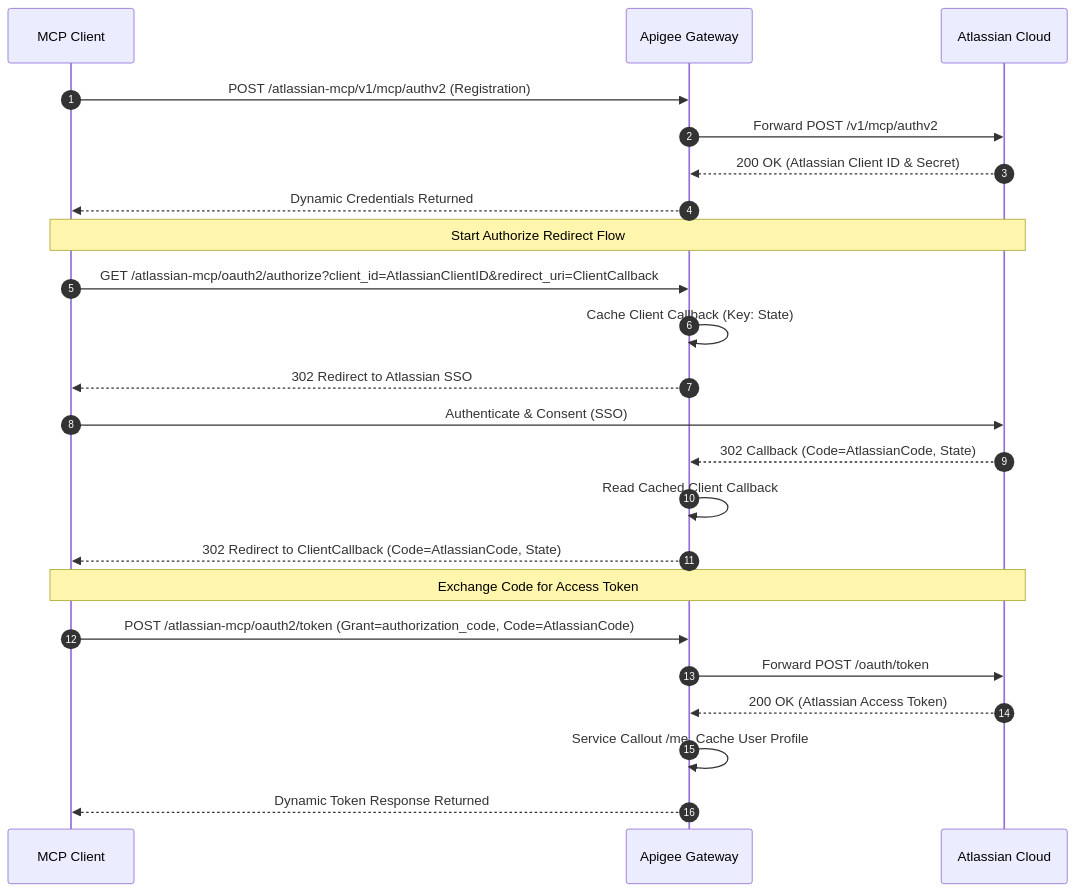
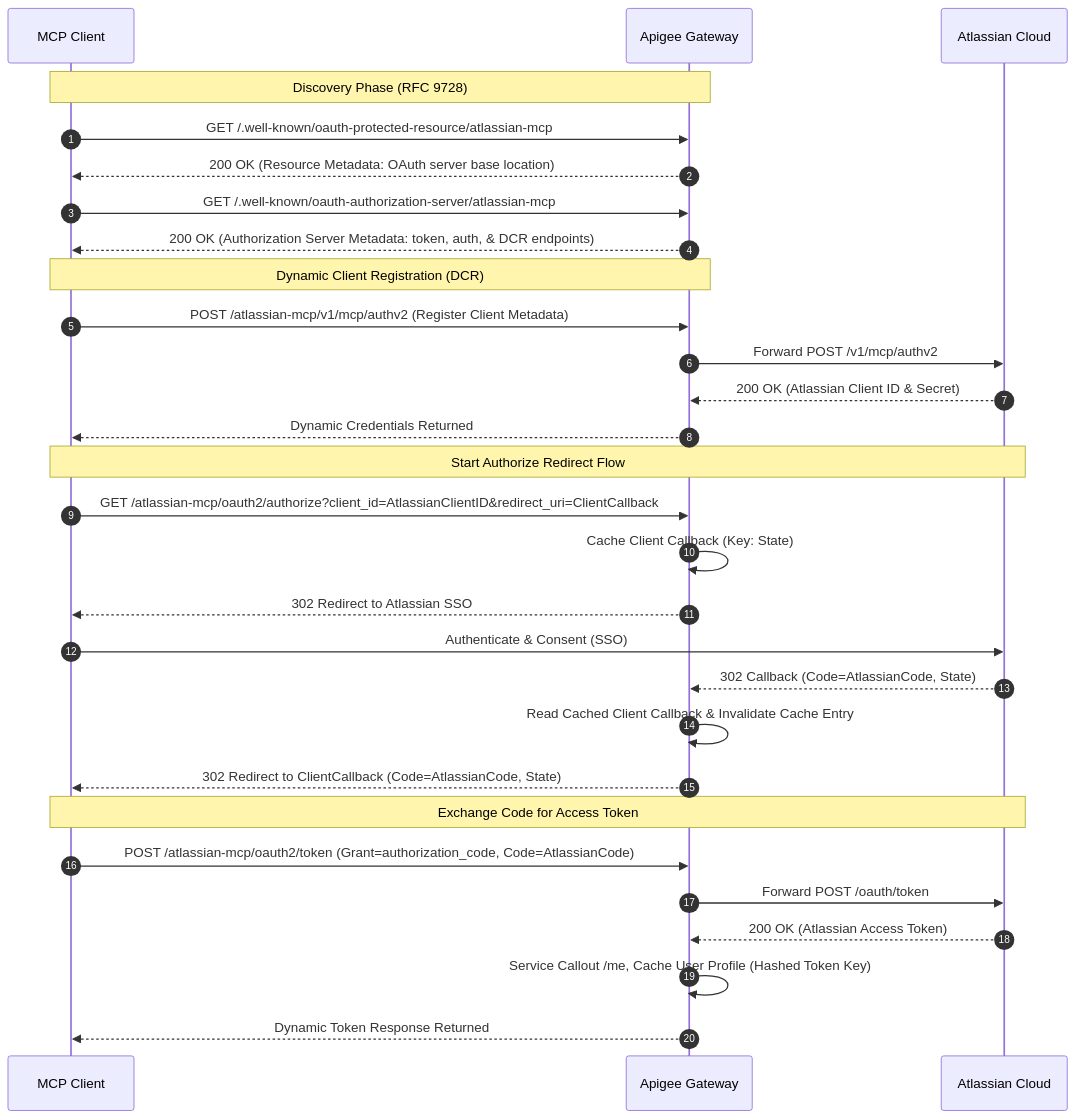
The first of 2 diagrams in README.md (ra2085/apigee-atl-mcp), drawn with Mermaid before and after one commit. The commit also changed other lines of this file, not shown here.

````diff
--- a/README.md
+++ b/README.md
@@ -20,29 +20,37 @@
 ```mermaid
 sequenceDiagram
     autonumber
     participant Client as MCP Client
     participant Apigee as Apigee Gateway
     participant Atlassian as Atlassian Cloud
 
-    Client->>Apigee: POST /atlassian-mcp/v1/mcp/authv2 (Registration)
+    Note over Client, Apigee: Discovery Phase (RFC 9728)
+    Client->>Apigee: GET /.well-known/oauth-protected-resource/atlassian-mcp
+    Apigee-->>Client: 200 OK (Resource Metadata: OAuth server base location)
+    
+    Client->>Apigee: GET /.well-known/oauth-authorization-server/atlassian-mcp
+    Apigee-->>Client: 200 OK (Authorization Server Metadata: token, auth, & DCR endpoints)
+
+    Note over Client, Apigee: Dynamic Client Registration (DCR)
+    Client->>Apigee: POST /atlassian-mcp/v1/mcp/authv2 (Register Client Metadata)
     Apigee->>Atlassian: Forward POST /v1/mcp/authv2
     Atlassian-->>Apigee: 200 OK (Atlassian Client ID & Secret)
     Apigee-->>Client: Dynamic Credentials Returned
     
     Note over Client, Atlassian: Start Authorize Redirect Flow
     Client->>Apigee: GET /atlassian-mcp/oauth2/authorize?client_id=AtlassianClientID&redirect_uri=ClientCallback
     Apigee->>Apigee: Cache Client Callback (Key: State)
     Apigee-->>Client: 302 Redirect to Atlassian SSO
     
     Client->>Atlassian: Authenticate & Consent (SSO)
     Atlassian-->>Apigee: 302 Callback (Code=AtlassianCode, State)
-    Apigee->>Apigee: Read Cached Client Callback
+    Apigee->>Apigee: Read Cached Client Callback & Invalidate Cache Entry
     Apigee-->>Client: 302 Redirect to ClientCallback (Code=AtlassianCode, State)
     
     Note over Client, Atlassian: Exchange Code for Access Token
     Client->>Apigee: POST /atlassian-mcp/oauth2/token (Grant=authorization_code, Code=AtlassianCode)
     Apigee->>Atlassian: Forward POST /oauth/token
     Atlassian-->>Apigee: 200 OK (Atlassian Access Token)
-    Apigee->>Apigee: Service Callout /me, Cache User Profile
+    Apigee->>Apigee: Service Callout /me, Cache User Profile (Hashed Token Key)
     Apigee-->>Client: Dynamic Token Response Returned
 ```
````
